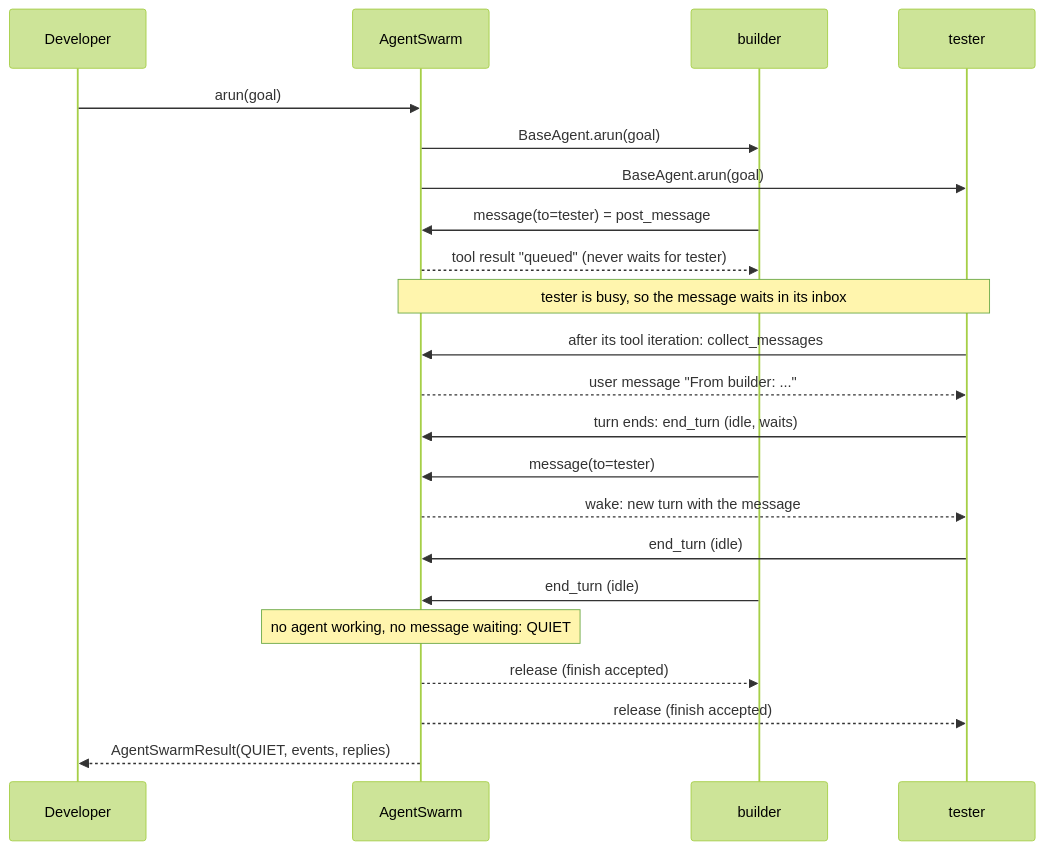
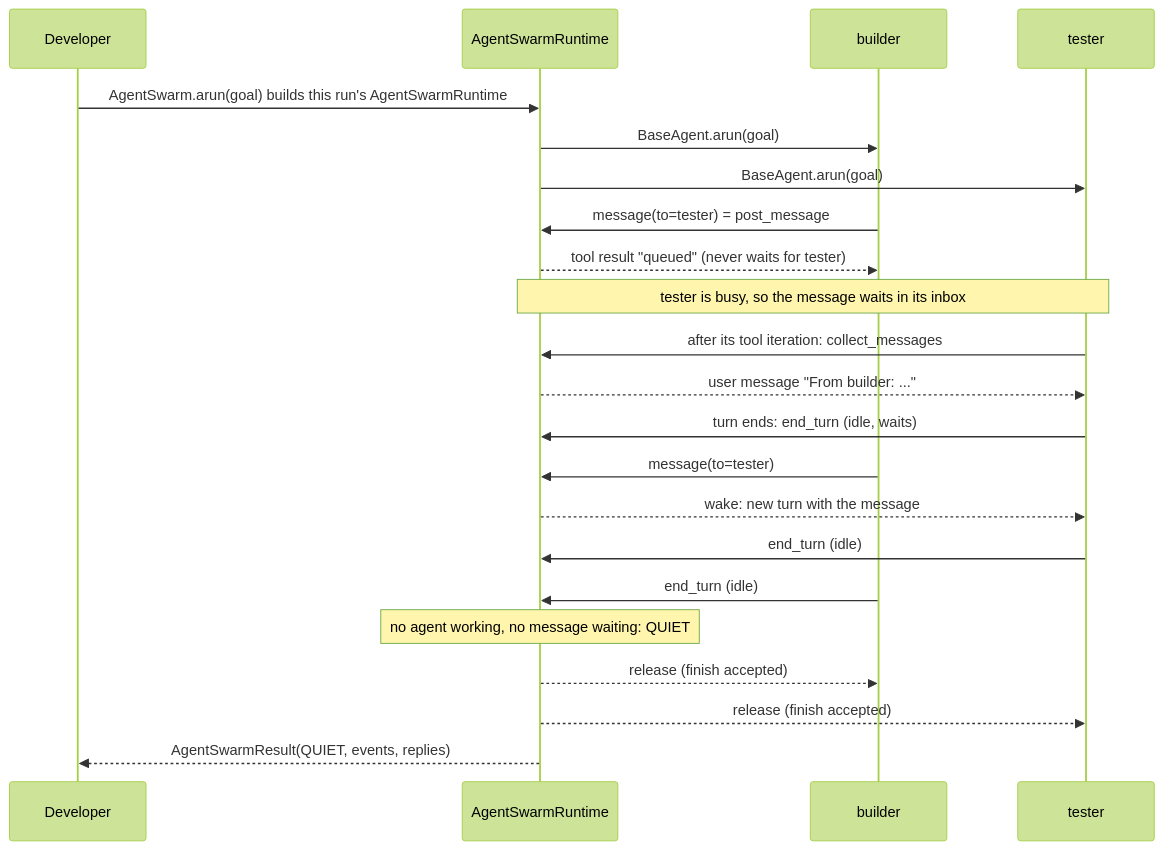
The second of 3 diagrams in docs/spec/agent-swarm/spec.md (cerredz/Vidbyte-SDK), drawn with Mermaid (forest theme) before and after one commit. The commit also changed other lines of this file and 1 other file, not shown here.

Commit message:
docs(spec): revise agent-swarm spec r2 (S1 review round 1)

````diff
--- a/docs/spec/agent-swarm/spec.md
+++ b/docs/spec/agent-swarm/spec.md
@@ -129,24 +130,24 @@
 ```mermaid
 sequenceDiagram
   participant Dev as Developer
-  participant S as AgentSwarm
+  participant S as AgentSwarmRuntime
   participant A as builder
   participant B as tester
-  Dev->>S: arun(goal)
+  Dev->>S: AgentSwarm.arun(goal) builds this run's AgentSwarmRuntime
   S->>A: BaseAgent.arun(goal)
   S->>B: BaseAgent.arun(goal)
   A->>S: message(to=tester) = post_message
   S-->>A: tool result "queued" (never waits for tester)
   Note over S,B: tester is busy, so the message waits in its inbox
   B->>S: after its tool iteration: collect_messages
   S-->>B: user message "From builder: ..."
   B->>S: turn ends: end_turn (idle, waits)
   A->>S: message(to=tester)
   S-->>B: wake: new turn with the message
   B->>S: end_turn (idle)
   A->>S: end_turn (idle)
   Note over S: no agent working, no message waiting: QUIET
   S-->>A: release (finish accepted)
   S-->>B: release (finish accepted)
   S-->>Dev: AgentSwarmResult(QUIET, events, replies)
 ```
````
